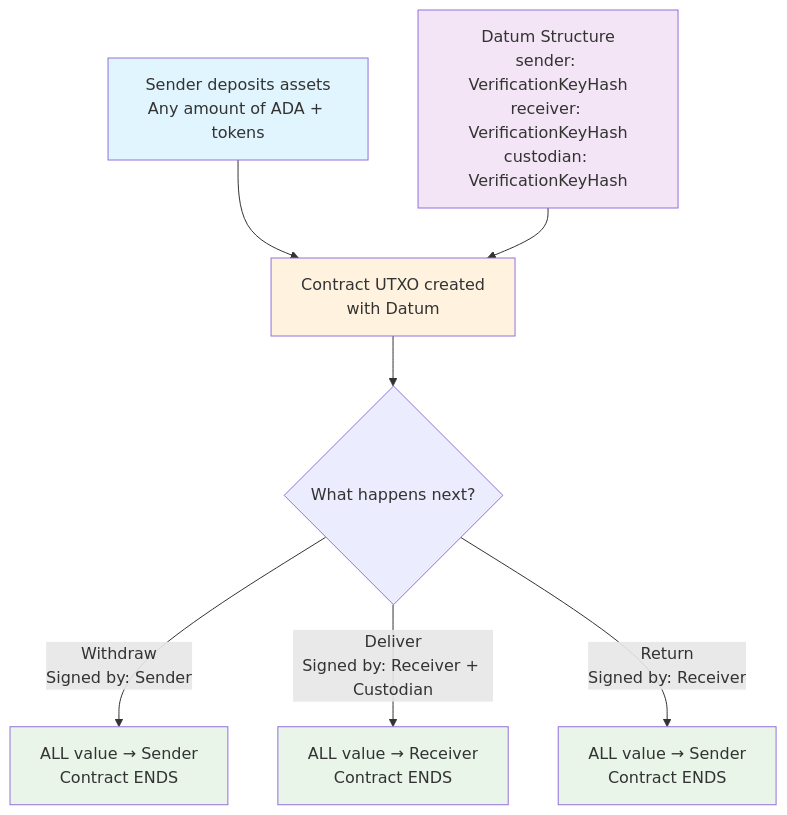
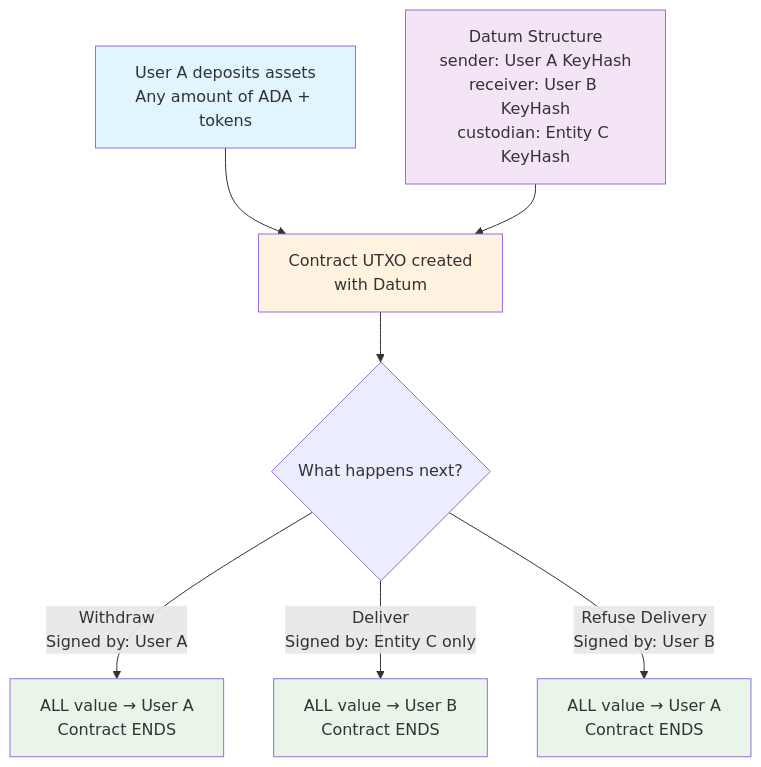
The diagram in custodial-transfer/README.md (vista-foundation/smart-contracts), drawn with Mermaid before and after one commit. The commit also changed other lines of this file and 12 other files, not shown here.

````diff
--- a/custodial-transfer/README.md
+++ b/custodial-transfer/README.md
@@ -14,21 +14,21 @@
 ```mermaid
 graph TD
-    A[Sender deposits assets<br/>Any amount of ADA + tokens] --> B[Contract UTXO created<br/>with Datum]
+    A[User A deposits assets<br/>Any amount of ADA + tokens] --> B[Contract UTXO created<br/>with Datum]
     
     B --> C{What happens next?}
     
-    C -->|Withdraw<br/>Signed by: Sender| D[ALL value → Sender<br/>Contract ENDS]
+    C -->|Withdraw<br/>Signed by: User A| D[ALL value → User A<br/>Contract ENDS]
     
-    C -->|Deliver<br/>Signed by: Receiver + Custodian| E[ALL value → Receiver<br/>Contract ENDS]
+    C -->|Deliver<br/>Signed by: Entity C only| E[ALL value → User B<br/>Contract ENDS]
     
-    C -->|Return<br/>Signed by: Receiver| F[ALL value → Sender<br/>Contract ENDS]
+    C -->|Refuse Delivery<br/>Signed by: User B| F[ALL value → User A<br/>Contract ENDS]
     
-    G[Datum Structure<br/>sender: VerificationKeyHash<br/>receiver: VerificationKeyHash<br/>custodian: VerificationKeyHash] --> B
+    G[Datum Structure<br/>sender: User A KeyHash<br/>receiver: User B KeyHash<br/>custodian: Entity C KeyHash] --> B
     
     style A fill:#e1f5fe
     style D fill:#e8f5e8
     style E fill:#e8f5e8
     style F fill:#e8f5e8
     style B fill:#fff3e0
     style G fill:#f3e5f5
 ```
````
